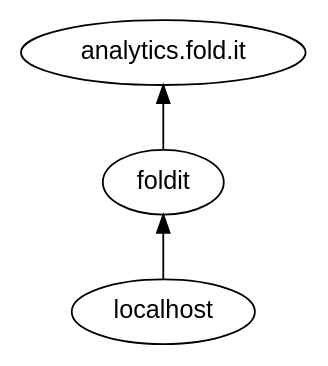
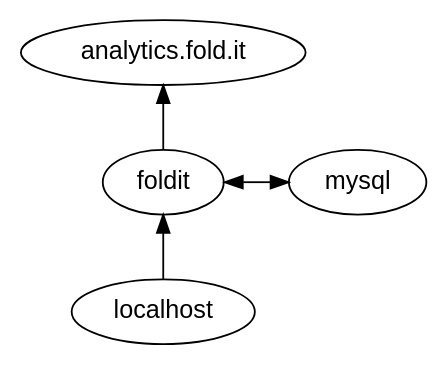
Before and after one commit to pedmiston/FoldItTeams: the diagram in architecture.gv, drawn with Graphviz.

Commit message:
Add db to architecture diagram

```diff
--- a/architecture.gv
+++ b/architecture.gv
@@ -1,6 +1,9 @@
 digraph {
   node[fontname=Helvetica];
   rankdir = BT;
   localhost -> foldit -> analytics_fold_it;
+  { rank=same; foldit, mysql; }
+  foldit -> mysql[minlen=2 dir=both];
+
   analytics_fold_it[label="analytics.fold.it"];
 }
```
